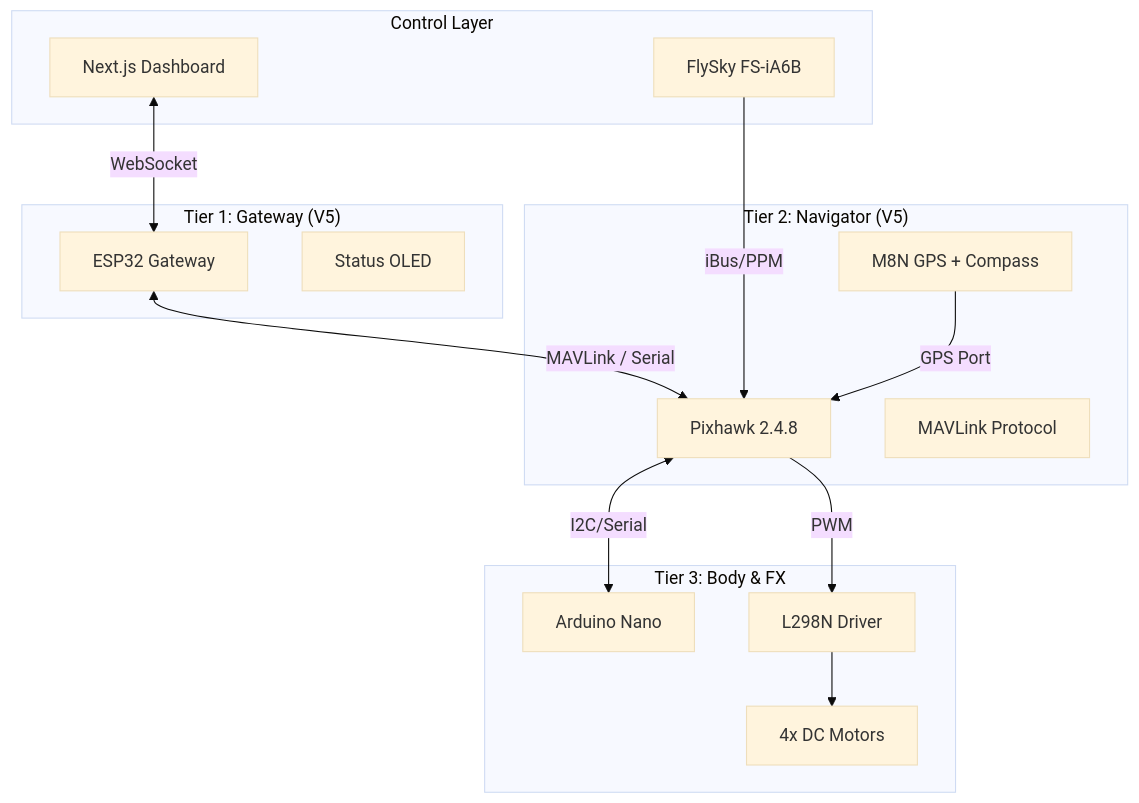
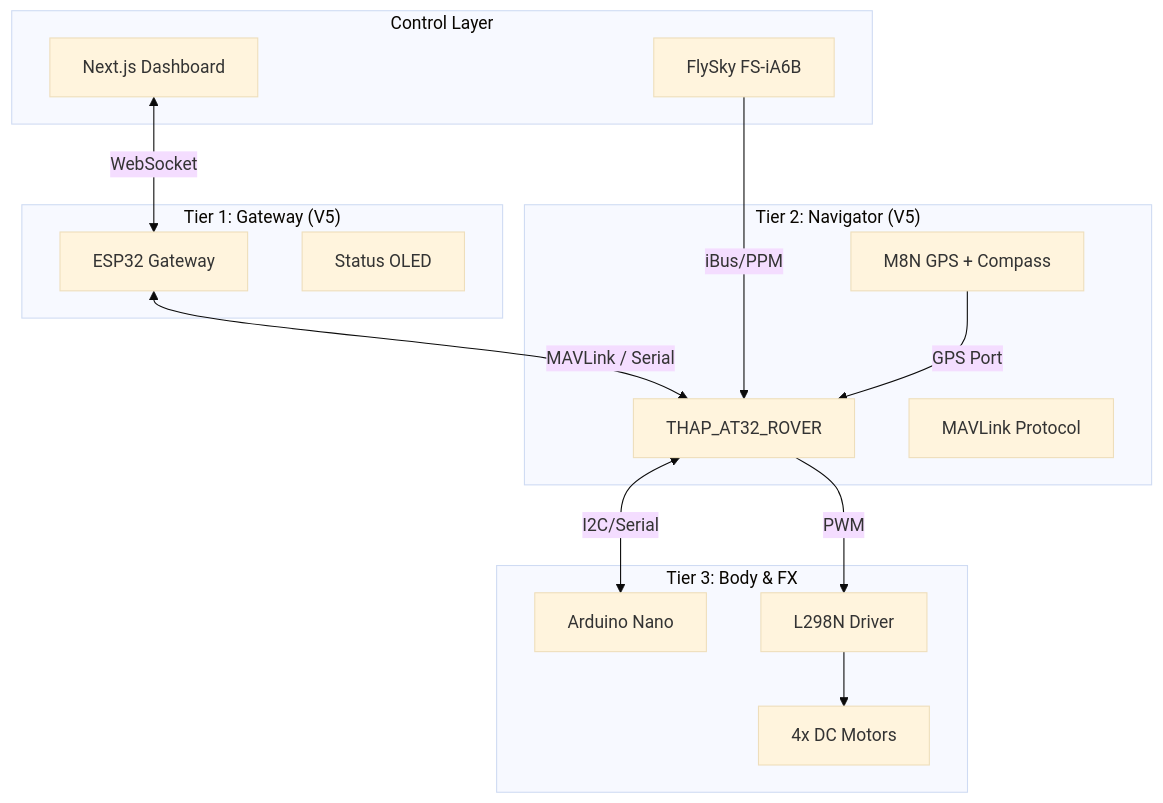
One commit to GhostMicro/micro-ai-robot-rover-docs changed the diagram in docs/v5/architecture.md. Above: the diagram before and after it, drawn with Mermaid (base theme). The commit also changed other lines of this file and 227 other files, not shown here.

````diff
--- a/docs/v5/architecture.md
+++ b/docs/v5/architecture.md
@@ -9,32 +9,32 @@
 ```mermaid
 graph TB
     subgraph "Control Layer"
         DASH[Next.js Dashboard]
         RC[FlySky FS-iA6B]
     end
 
     subgraph "Tier 1: Gateway (V5)"
         ESP[ESP32 Gateway]
         OLED[Status OLED]
     end
 
     subgraph "Tier 2: Navigator (V5)"
-        PIX[Pixhawk 2.4.8]
+        THAP[THAP_AT32_ROVER]
         GPS[M8N GPS + Compass]
         TELEM[MAVLink Protocol]
     end
 
     subgraph "Tier 3: Body & FX"
         NANO[Arduino Nano]
         L298[L298N Driver]
         MOTORS[4x DC Motors]
     end
 
     DASH <-->|WebSocket| ESP
-    ESP <-->|MAVLink / Serial| PIX
-    RC -->|iBus/PPM| PIX
-    GPS -->|GPS Port| PIX
-    PIX -->|PWM| L298
+    ESP <-->|MAVLink / Serial| THAP
+    RC -->|iBus/PPM| THAP
+    GPS -->|GPS Port| THAP
+    THAP -->|PWM| L298
     L298 --> MOTORS
-    PIX <-->|I2C/Serial| NANO
+    THAP <-->|I2C/Serial| NANO
 ```
````
